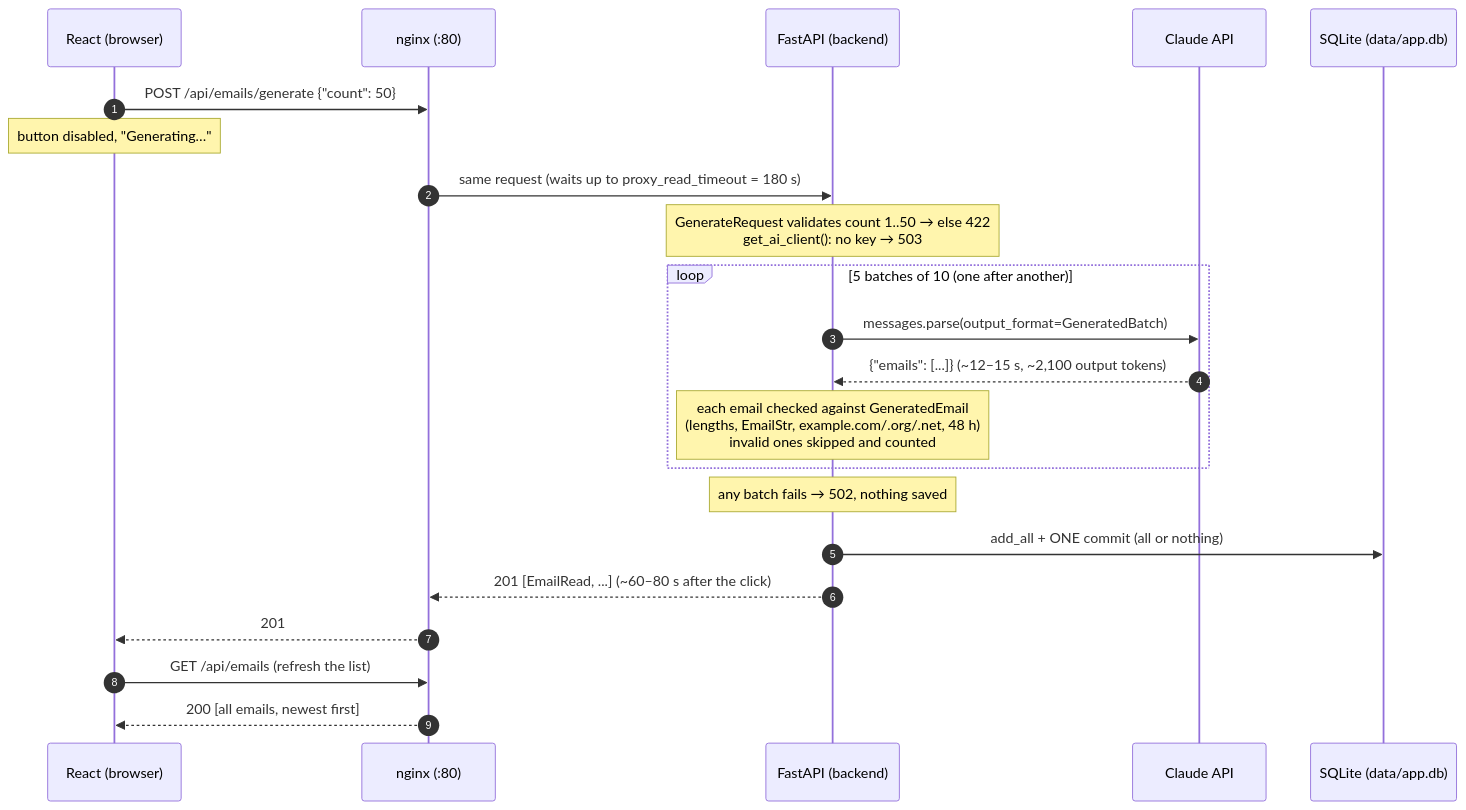
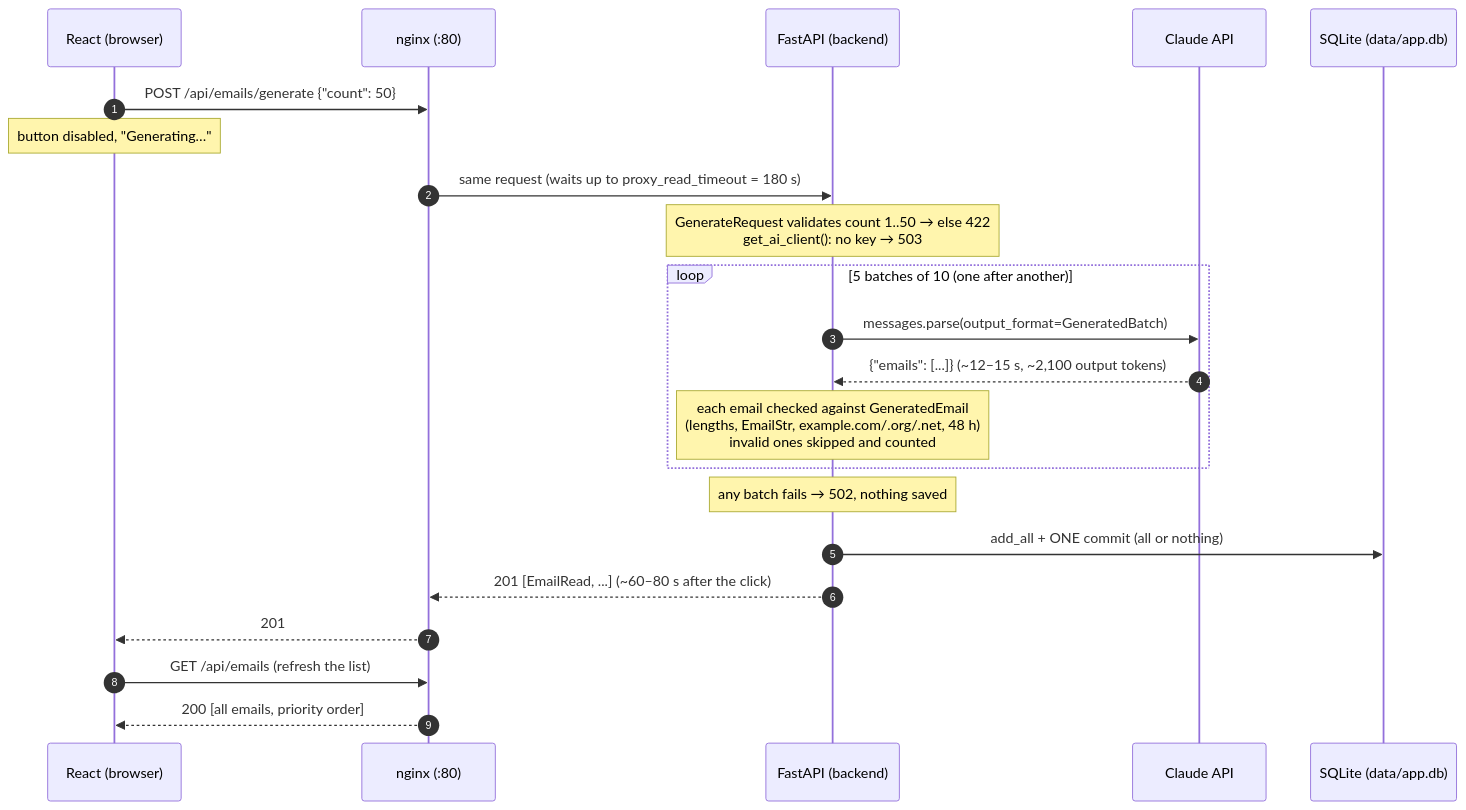
The sixth of 8 diagrams in docs/REQUEST_FLOW.md (dusengejohn/intelligent-email-assistant), drawn with Mermaid before and after one commit. The commit also changed other lines of this file and 4 other files, not shown here.

````diff
--- a/docs/REQUEST_FLOW.md
+++ b/docs/REQUEST_FLOW.md
@@ -261,25 +261,25 @@
 ```mermaid
 sequenceDiagram
     autonumber
     participant R as React (browser)
     participant N as nginx (:80)
     participant F as FastAPI (backend)
     participant C as Claude API
     participant D as SQLite (data/app.db)
 
     R->>N: POST /api/emails/generate {"count": 50}
     Note over R: button disabled, "Generating…"
     N->>F: same request (waits up to proxy_read_timeout = 180 s)
     Note over F: GenerateRequest validates count 1..50 → else 422<br/>get_ai_client(): no key → 503
     loop 5 batches of 10 (one after another)
         F->>C: messages.parse(output_format=GeneratedBatch)
         C-->>F: {"emails": [...]} (~12–15 s, ~2,100 output tokens)
         Note over F: each email checked against GeneratedEmail<br/>(lengths, EmailStr, example.com/.org/.net, 48 h)<br/>invalid ones skipped and counted
     end
     Note over F: any batch fails → 502, nothing saved
     F->>D: add_all + ONE commit (all or nothing)
     F-->>N: 201 [EmailRead, ...] (~60–80 s after the click)
     N-->>R: 201
     R->>N: GET /api/emails (refresh the list)
-    N-->>R: 200 [all emails, newest first]
+    N-->>R: 200 [all emails, priority order]
 ```
````
